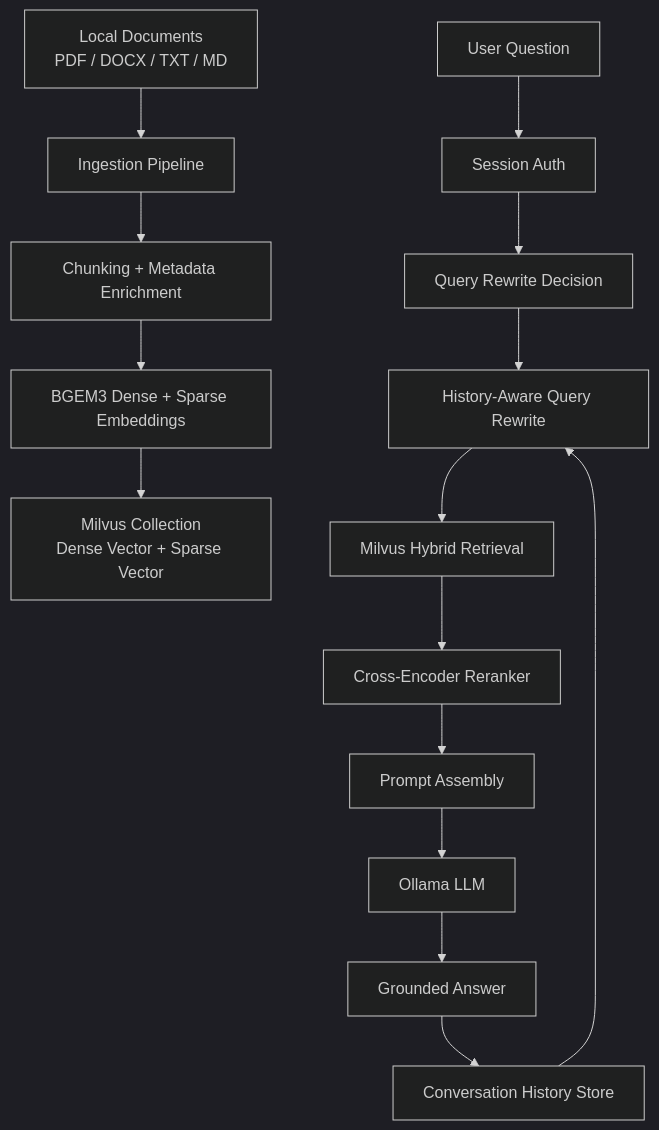
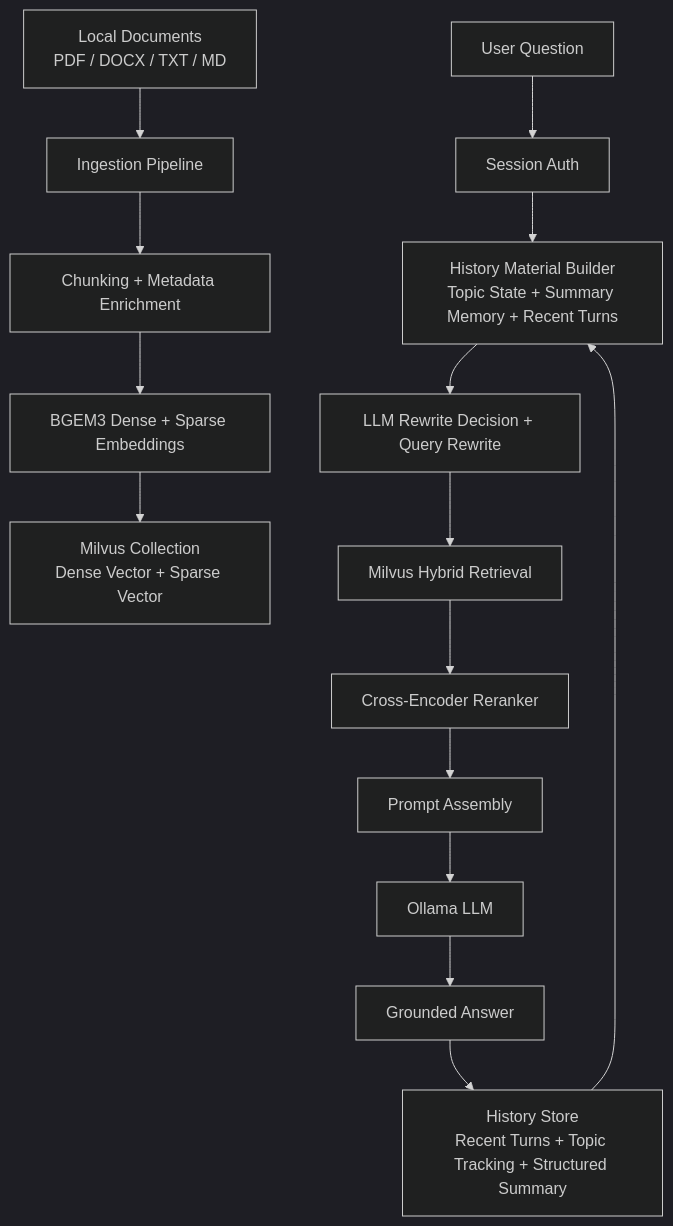
One commit to KevinHu-Create/Pet-Doctor---Intelligent-Question-Answerer changed the diagram in README.md. Above: the diagram before and after it, drawn with Mermaid (dark theme). The commit also changed other lines of this file and 4 other files, not shown here.

First line of the commit message:
feat(history): add structured multi-turn memory and LLM-driven query rewrite

````diff
--- a/README.md
+++ b/README.md
@@ -47,19 +48,19 @@
 ```mermaid
 flowchart TD
     A[Local Documents\nPDF / DOCX / TXT / MD] --> B[Ingestion Pipeline]
     B --> C[Chunking + Metadata Enrichment]
     C --> D[BGEM3 Dense + Sparse Embeddings]
     D --> E[Milvus Collection\nDense Vector + Sparse Vector]
 
     U[User Question] --> V[Session Auth]
-    V --> W[Query Rewrite Decision]
-    W --> X[History-Aware Query Rewrite]
+    V --> W[History Material Builder\nTopic State + Summary Memory + Recent Turns]
+    W --> X[LLM Rewrite Decision + Query Rewrite]
     X --> Y[Milvus Hybrid Retrieval]
     Y --> Z[Cross-Encoder Reranker]
     Z --> AA[Prompt Assembly]
     AA --> AB[Ollama LLM]
     AB --> AC[Grounded Answer]
 
-    AC --> AD[Conversation History Store]
-    AD --> X
+    AC --> AD[History Store\nRecent Turns + Topic Tracking + Structured Summary]
+    AD --> W
 ```
````
